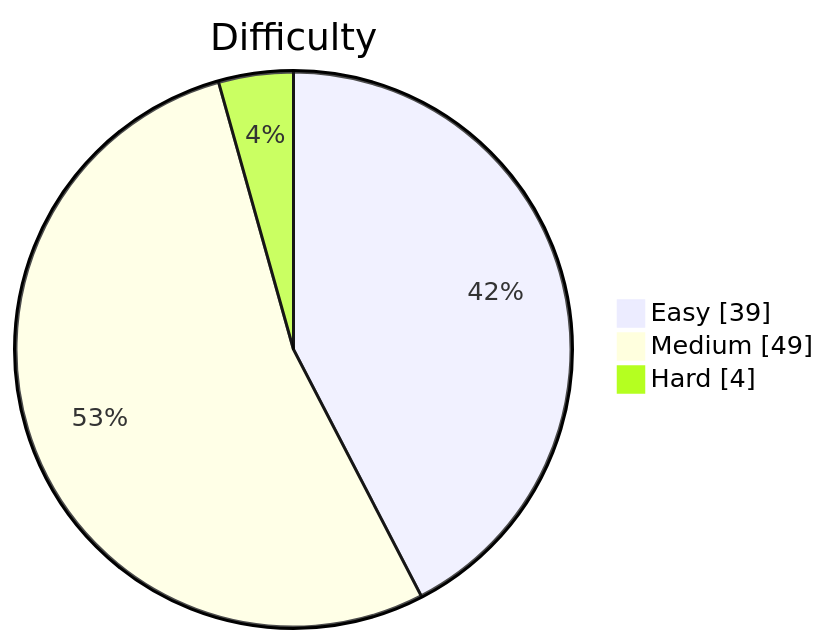
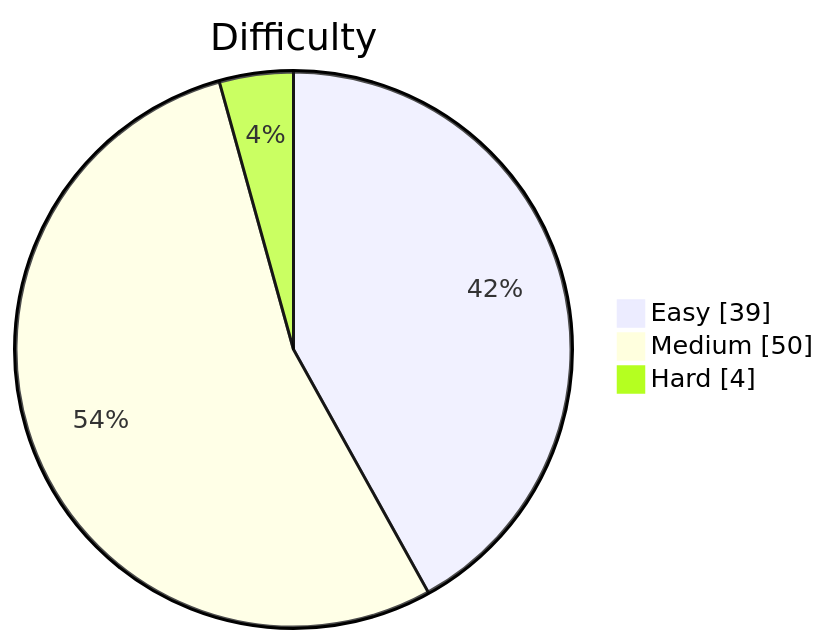
One commit to kevstevie/python-algo-practice changed the diagram in README.md. Above: the diagram before and after it, drawn with Mermaid. The commit also changed other lines of this file, not shown here.

````diff
--- a/README.md
+++ b/README.md
@@ -13,7 +13,7 @@
 ```mermaid
 pie showData
     title Difficulty
     "Easy"   : 39
-    "Medium" : 49
+    "Medium" : 50
     "Hard"   : 4
 ```
````
